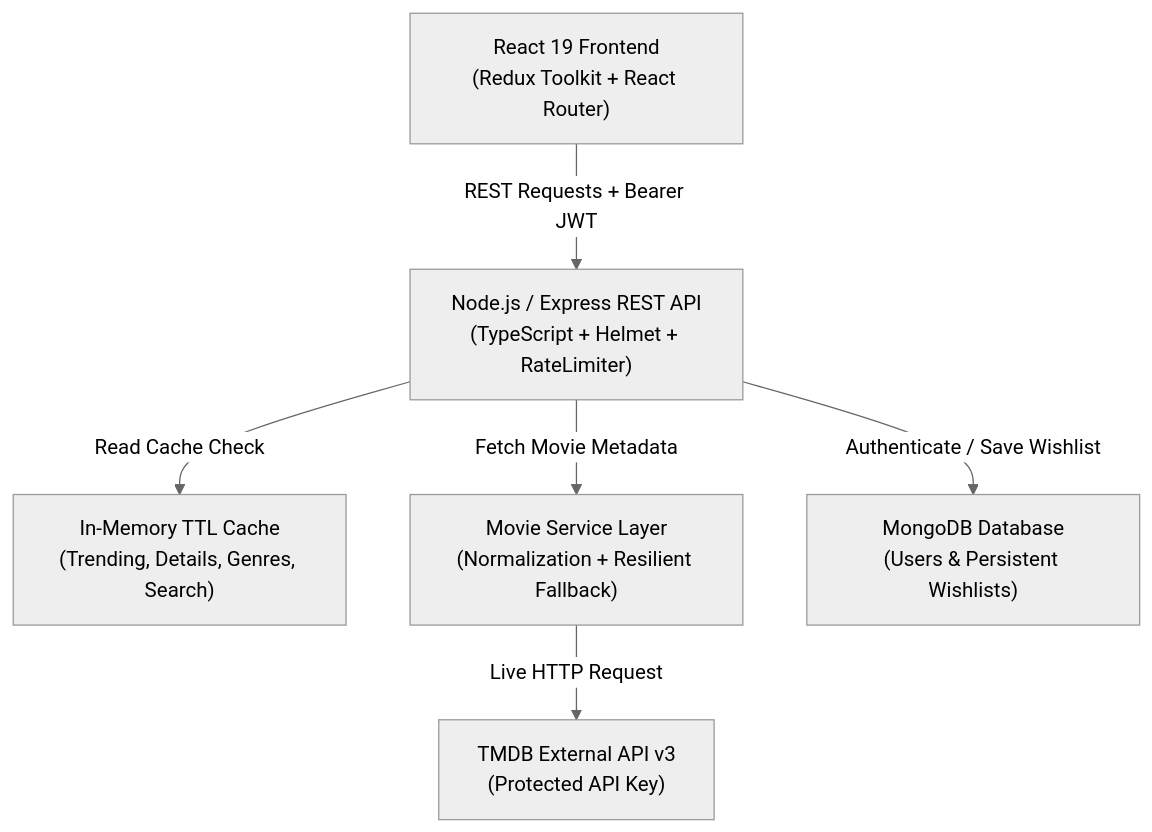
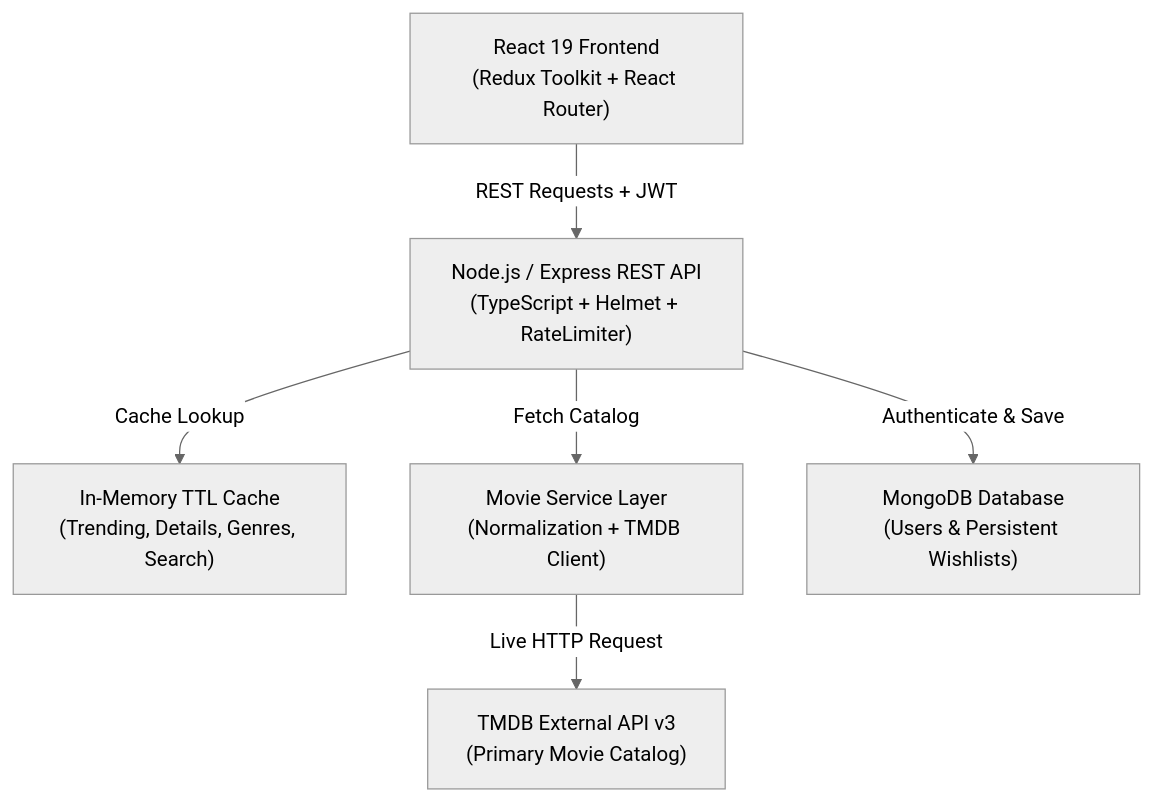
One commit to TumpilliManikanta702/CineScope changed the diagram in README.md. Above: the diagram before and after it, drawn with Mermaid (neutral theme). The commit also changed other lines of this file, not shown here.

Commit message:
docs: refine README for reviewer clarity, emphasizing TMDB primary integration and concise architecture

````diff
--- a/README.md
+++ b/README.md
@@ -93,15 +12,15 @@
 ```mermaid
 graph TD
     Client["React 19 Frontend<br/>(Redux Toolkit + React Router)"]
     API["Node.js / Express REST API<br/>(TypeScript + Helmet + RateLimiter)"]
     Cache["In-Memory TTL Cache<br/>(Trending, Details, Genres, Search)"]
-    MovieService["Movie Service Layer<br/>(Normalization + Resilient Fallback)"]
-    TMDB["TMDB External API v3<br/>(Protected API Key)"]
+    MovieService["Movie Service Layer<br/>(Normalization + TMDB Client)"]
+    TMDB["TMDB External API v3<br/>(Primary Movie Catalog)"]
     MongoDB["MongoDB Database<br/>(Users & Persistent Wishlists)"]
 
-    Client -->|REST Requests + Bearer JWT| API
-    API -->|Authenticate / Save Wishlist| MongoDB
-    API -->|Read Cache Check| Cache
-    API -->|Fetch Movie Metadata| MovieService
+    Client -->|REST Requests + JWT| API
+    API -->|Authenticate & Save| MongoDB
+    API -->|Cache Lookup| Cache
+    API -->|Fetch Catalog| MovieService
     MovieService -->|Live HTTP Request| TMDB
 ```
````
